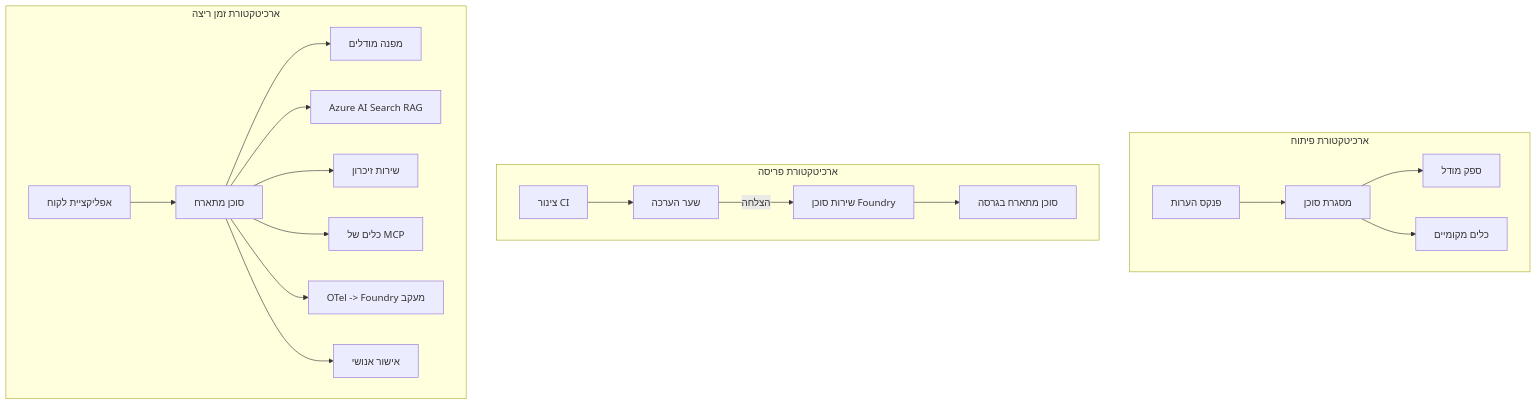
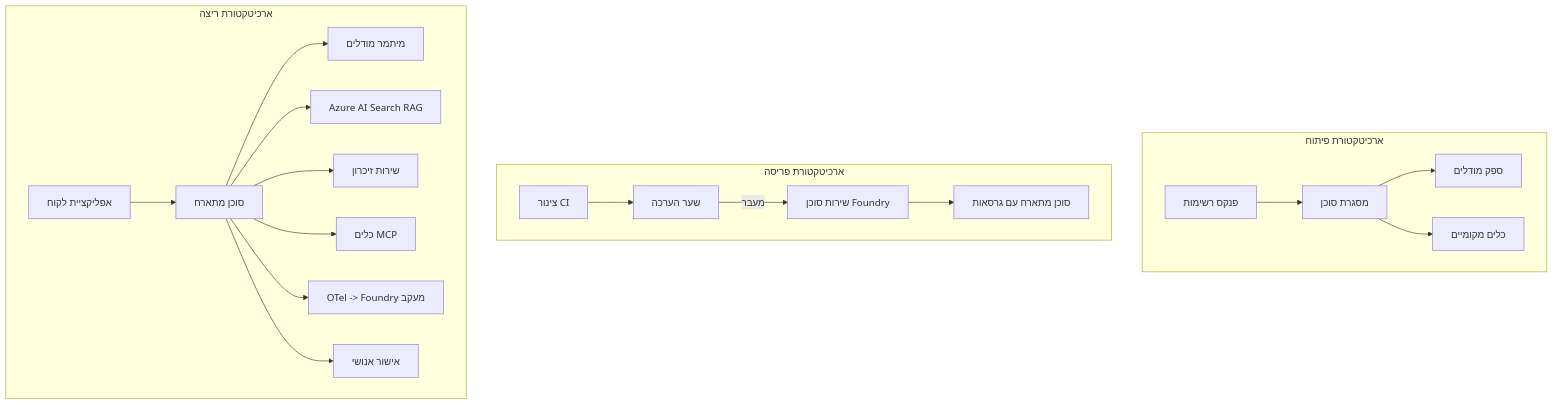
One commit to gabrielmoreira/agent-skills-mirror changed the fourth of 4 diagrams in mirrors/repos/microsoft@ai-agents-for-beginners/translations/he/16-deploying-scalable-agents/README.md. Above: the diagram before and after it, drawn with Mermaid. The commit also changed other lines of this file and 4262 other files, not shown here.

````diff
--- a/mirrors/repos/microsoft@ai-agents-for-beginners/translations/he/16-deploying-scalable-agents/README.md
+++ b/mirrors/repos/microsoft@ai-agents-for-beginners/translations/he/16-deploying-scalable-agents/README.md
@@ -185,22 +185,22 @@
 ```mermaid
 flowchart TB
     subgraph Dev[ארכיטקטורת פיתוח]
-        D1[פנקס הערות] --> D2[מסגרת סוכן]
-        D2 --> D3[ספק מודל]
+        D1[פנקס רשימות] --> D2[מסגרת סוכן]
+        D2 --> D3[ספק מודלים]
         D2 --> D4[כלים מקומיים]
     end
     subgraph Deploy[ארכיטקטורת פריסה]
         E1[צינור CI] --> E2[שער הערכה]
-        E2 -->|הצלחה| E3[שירות סוכן Foundry]
-        E3 --> E4[סוכן מתארח בגרסה]
+        E2 -->|מעבר| E3[שירות סוכן Foundry]
+        E3 --> E4[סוכן מתארח עם גרסאות]
     end
-    subgraph Run[ארכיטקטורת זמן ריצה]
+    subgraph Run[ארכיטקטורת ריצה]
         F1[אפליקציית לקוח] --> F2[סוכן מתארח]
-        F2 --> F3[מפנה מודלים]
+        F2 --> F3[מיתמר מודלים]
         F2 --> F4[Azure AI Search RAG]
         F2 --> F5[שירות זיכרון]
-        F2 --> F6[כלים של MCP]
+        F2 --> F6[כלים MCP]
         F2 --> F7[OTel -> Foundry מעקב]
         F2 --> F8[אישור אנושי]
     end
 ```
````
